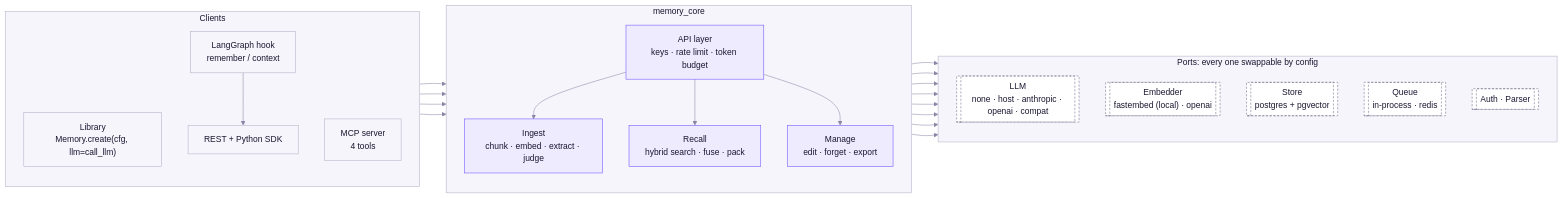
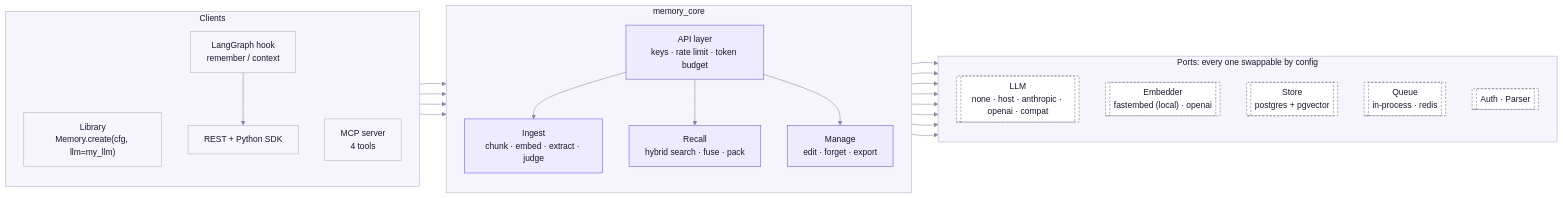
The first of 7 diagrams in README.md (prathameshvenxr/memaso), drawn with Mermaid before and after one commit. The commit also changed other lines of this file and 11 other files, not shown here.

````diff
--- a/README.md
+++ b/README.md
@@ -50,50 +50,50 @@
 ```mermaid
 %%{init: {"theme":"base","themeVariables":{"primaryColor":"#EFEBFF","primaryBorderColor":"#6A4CFF","primaryTextColor":"#1A1630","secondaryColor":"#E3F5F2","tertiaryColor":"#F6F5FB","lineColor":"#8A86A6","clusterBkg":"#F6F5FB","clusterBorder":"#B3AFC6","titleColor":"#1A1630","edgeLabelBackground":"#F6F5FB","actorBkg":"#EFEBFF","actorBorder":"#6A4CFF","actorTextColor":"#1A1630","actorLineColor":"#8A86A6","signalColor":"#8A86A6","signalTextColor":"#8A86A6","labelBoxBkgColor":"#EFEBFF","labelBoxBorderColor":"#6A4CFF","labelTextColor":"#1A1630","loopTextColor":"#8A86A6","noteBkgColor":"#FFE9F1","noteBorderColor":"#F0397A","noteTextColor":"#1A1630","sequenceNumberColor":"#FFFFFF"}}}%%
 flowchart LR
   subgraph clients[" Clients "]
     direction TB
-    LIB["Library<br/>Memory.create(cfg, llm=call_llm)"]
+    LIB["Library<br/>Memory.create(cfg, llm=my_llm)"]
     REST["REST + Python SDK"]
     MCP["MCP server<br/>4 tools"]
     LG["LangGraph hook<br/>remember / context"]
   end
   subgraph core[" memory_core "]
     direction TB
     API["API layer<br/>keys · rate limit · token budget"]
     ING["Ingest<br/>chunk · embed · extract · judge"]
     RET["Recall<br/>hybrid search · fuse · pack"]
     MAN["Manage<br/>edit · forget · export"]
   end
   subgraph ports[" Ports: every one swappable by config "]
     direction TB
     LLM[["LLM<br/>none · host · anthropic · openai · compat"]]
     EMB[["Embedder<br/>fastembed (local) · openai"]]
     STO[["Store<br/>postgres + pgvector"]]
     QUE[["Queue<br/>in-process · redis"]]
     AUTH[["Auth · Parser"]]
   end
   LIB --> ING
   LIB --> RET
   REST --> API
   MCP --> API
   LG --> REST
   API --> ING
   API --> RET
   API --> MAN
   ING --> LLM
   ING --> EMB
   ING --> STO
   ING --> QUE
   RET --> EMB
   RET --> STO
   MAN --> STO
   API --> AUTH
   classDef verb fill:#E3F5F2,stroke:#0F8F83,color:#1A1630
   classDef fact fill:#EFEBFF,stroke:#6A4CFF,color:#1A1630
   classDef now fill:#FFE3EE,stroke:#F0397A,color:#1A1630
   classDef port fill:#FFFFFF,stroke:#6B6785,stroke-dasharray:4 3,color:#1A1630
   classDef plain fill:#F6F5FB,stroke:#B3AFC6,color:#1A1630
   class LIB,REST,MCP,LG plain
   class API,ING,RET,MAN fact
   class LLM,EMB,STO,QUE,AUTH port
 ```
````
